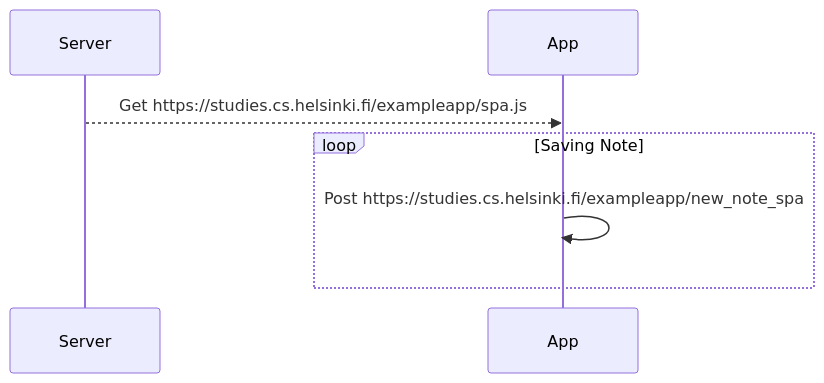
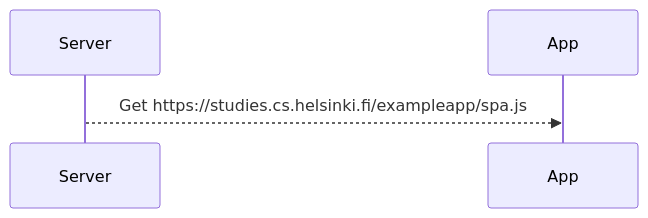
Before and after one commit to drewbrownie21/FullStackOpen: the diagram in part0/0_5_Single_App_Page_Diagram.md, drawn with Mermaid. The commit also changed 1 other file, not shown here.

Commit message:
Adding part 0.6 and fixing 0.5

````diff
--- a/part0/0_5_Single_App_Page_Diagram.md
+++ b/part0/0_5_Single_App_Page_Diagram.md
@@ -1,7 +1,4 @@
 ```mermaid
    sequenceDiagram
       Server -->>App: Get https://studies.cs.helsinki.fi/exampleapp/spa.js
-      loop Saving Note
-         App ->>App: Post https://studies.cs.helsinki.fi/exampleapp/new_note_spa
-      end
 ```
````
